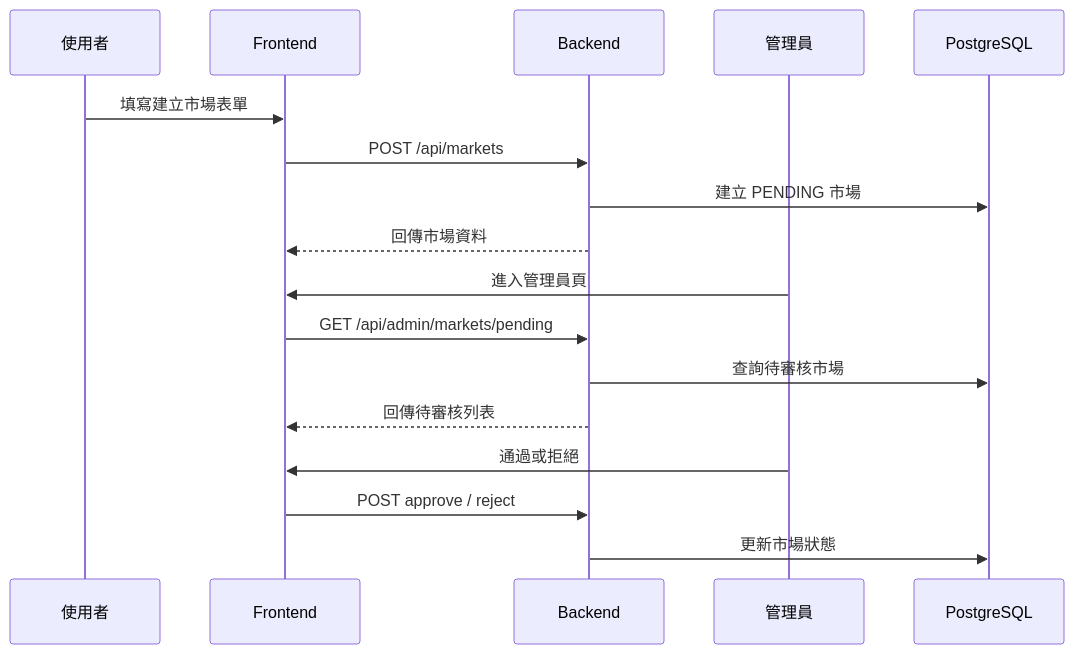
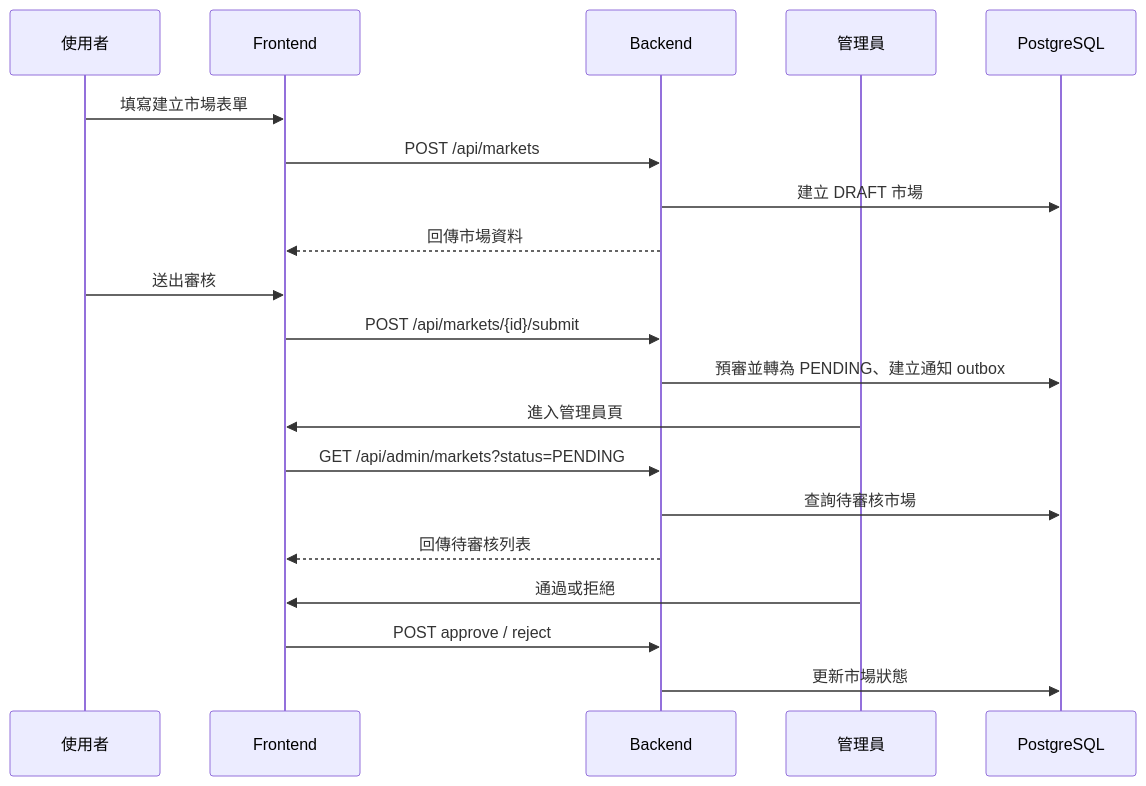
Before and after one commit to b2626826-blip/UcMarket: the third of 5 diagrams in docs/系統設計/網站架構.md, drawn with Mermaid. The commit also changed other lines of this file and 24 other files, not shown here.

````diff
--- a/docs/系統設計/網站架構.md
+++ b/docs/系統設計/網站架構.md
@@ -222,20 +229,23 @@
 ```mermaid
 sequenceDiagram
     participant U as 使用者
     participant F as Frontend
     participant B as Backend
     participant A as 管理員
     participant D as PostgreSQL
 
     U->>F: 填寫建立市場表單
     F->>B: POST /api/markets
-    B->>D: 建立 PENDING 市場
+    B->>D: 建立 DRAFT 市場
     B-->>F: 回傳市場資料
+    U->>F: 送出審核
+    F->>B: POST /api/markets/{id}/submit
+    B->>D: 預審並轉為 PENDING、建立通知 outbox
     A->>F: 進入管理員頁
-    F->>B: GET /api/admin/markets/pending
+    F->>B: GET /api/admin/markets?status=PENDING
     B->>D: 查詢待審核市場
     B-->>F: 回傳待審核列表
     A->>F: 通過或拒絕
     F->>B: POST approve / reject
     B->>D: 更新市場狀態
 ```
````
